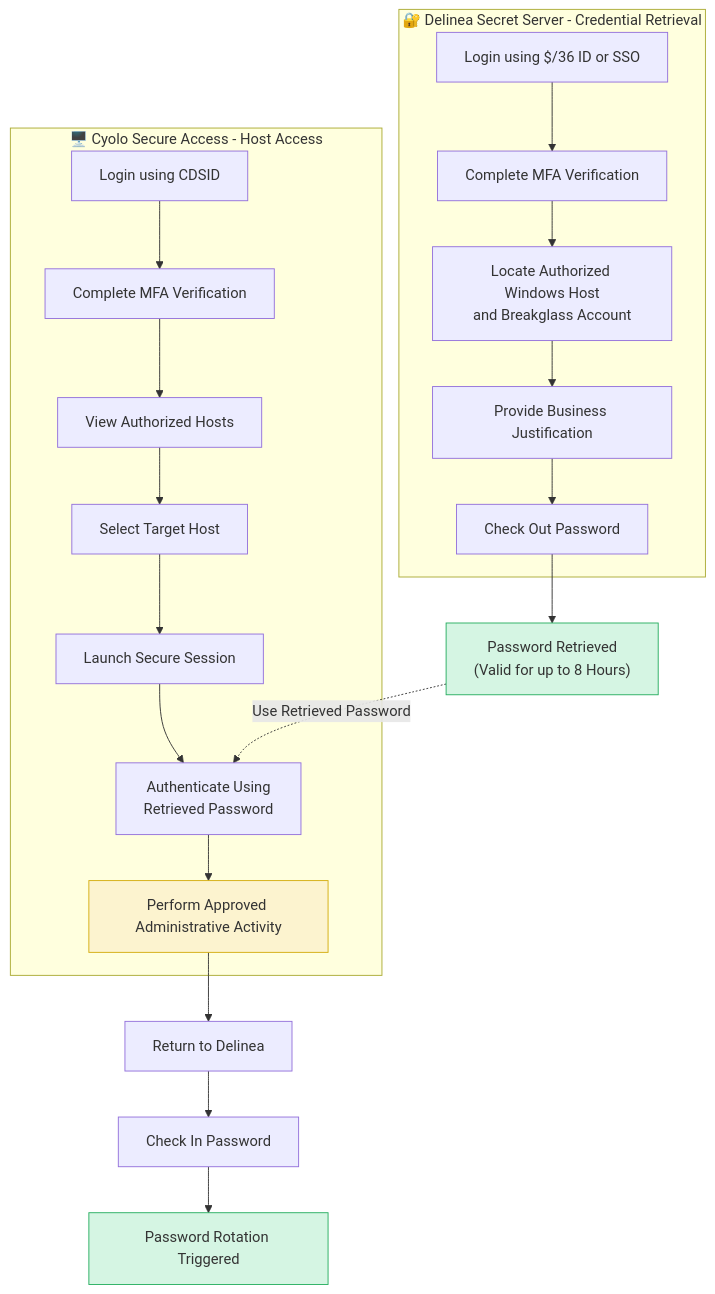
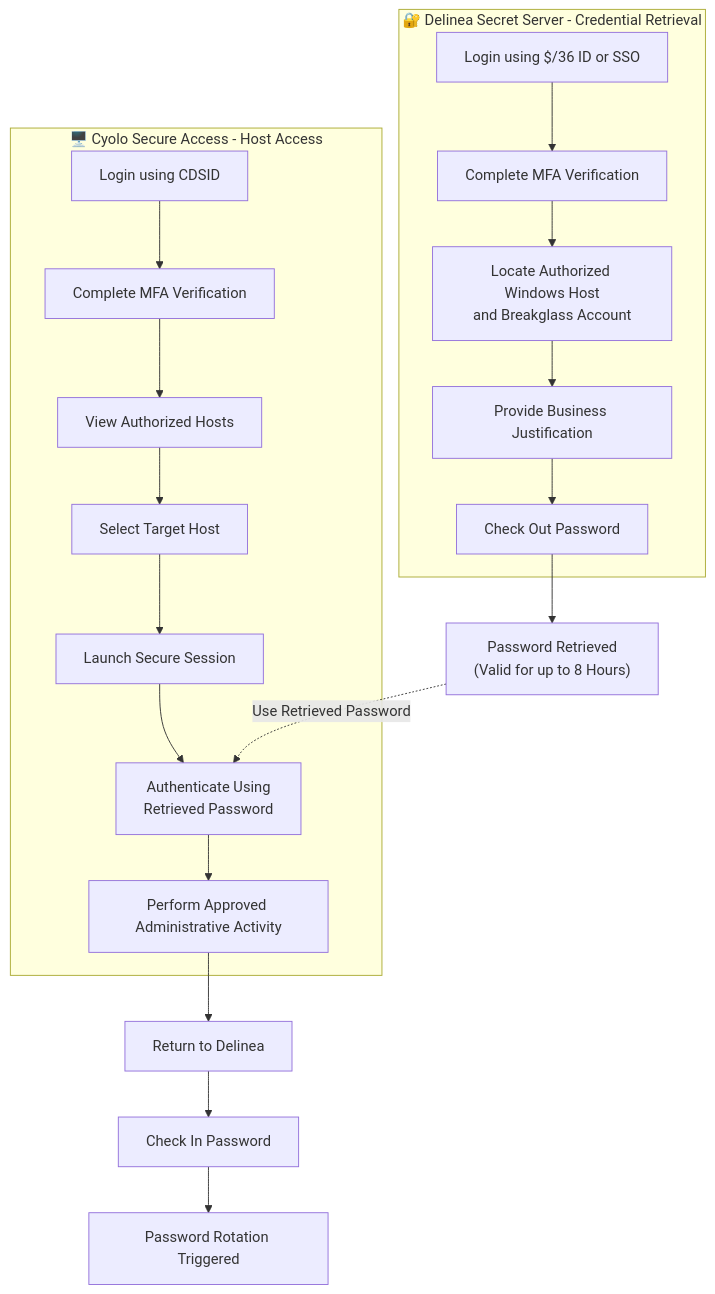
One commit to Ranjith-Marimuthu/PAM-Windows changed the diagram in docs/for-end-users/use-handbook.new.md. Above: the diagram before and after it, drawn with Mermaid. The commit also changed other lines of this file, not shown here.

````diff
--- a/docs/for-end-users/use-handbook.new.md
+++ b/docs/for-end-users/use-handbook.new.md
@@ -44,42 +44,38 @@
 ```mermaid
 flowchart TD
 
     subgraph D["🔐 Delinea Secret Server - Credential Retrieval"]
 
         D1["Login using $/36 ID or SSO"]
         D2["Complete MFA Verification"]
         D3["Locate Authorized Windows Host<br/>and Breakglass Account"]
         D4["Provide Business Justification"]
         D5["Check Out Password"]
 
         D1 --> D2 --> D3 --> D4 --> D5
 
     end
 
     D5 --> P["Password Retrieved<br/>(Valid for up to 8 Hours)"]
 
     subgraph C["🖥️ Cyolo Secure Access - Host Access"]
 
         C1["Login using CDSID"]
         C2["Complete MFA Verification"]
         C3["View Authorized Hosts"]
         C4["Select Target Host"]
         C5["Launch Secure Session"]
         C6["Authenticate Using<br/>Retrieved Password"]
         C7["Perform Approved Administrative Activity"]
 
         C1 --> C2 --> C3 --> C4 --> C5 --> C6 --> C7
 
     end
 
     P -. "Use Retrieved Password" .-> C6
 
     C7 --> D6["Return to Delinea"]
     D6 --> D7["Check In Password"]
     D7 --> D8["Password Rotation Triggered"]
 
-    style P fill:#D5F5E3,stroke:#27AE60
-    style D8 fill:#D5F5E3,stroke:#27AE60
-    style C7 fill:#FCF3CF,stroke:#D4AC0D
-
 ```
````
